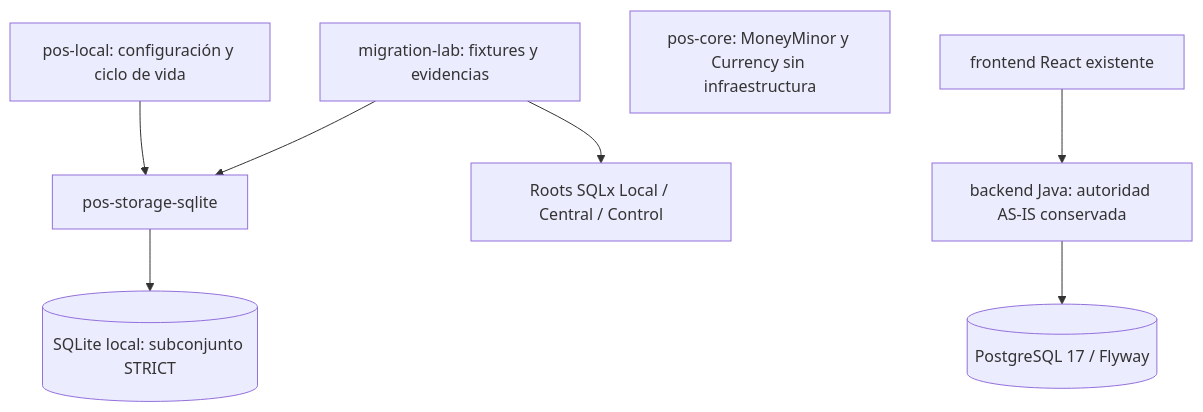
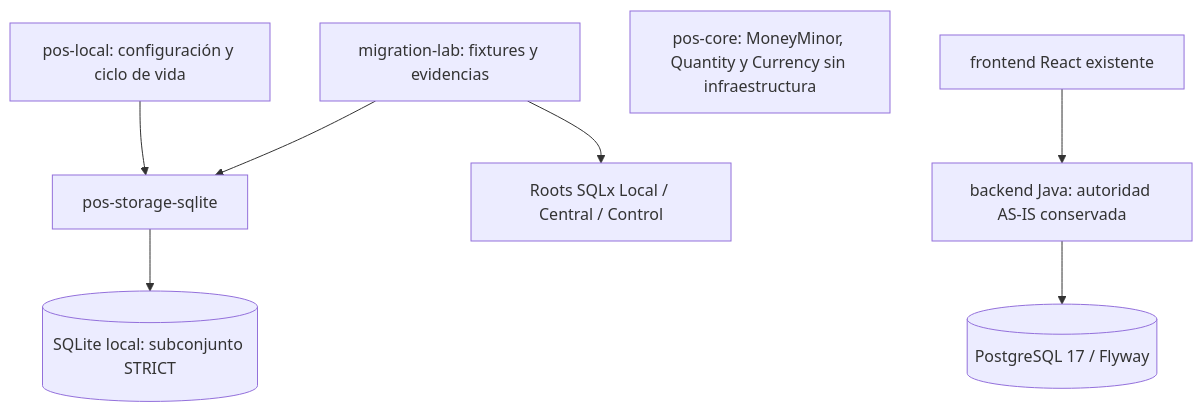
One commit to HiQNet-Dev/point-of-sale changed the diagram in backend-rust/README.md. Above: the diagram before and after it, drawn with Mermaid. The commit also changed other lines of this file and 2 other files, not shown here.

Commit message:
feat(core): add exact quantity primitive

````diff
--- a/backend-rust/README.md
+++ b/backend-rust/README.md
@@ -30,10 +30,10 @@
 ```mermaid
 flowchart TD
     App[pos-local: configuración y ciclo de vida] --> Storage[pos-storage-sqlite]
     Storage --> DB[(SQLite local: subconjunto STRICT)]
     Lab[migration-lab: fixtures y evidencias] --> Storage
     Lab --> Roots[Roots SQLx Local / Central / Control]
-    Core[pos-core: MoneyMinor y Currency sin infraestructura]
+    Core[pos-core: MoneyMinor, Quantity y Currency sin infraestructura]
     Java[backend Java: autoridad AS-IS conservada] --> PG[(PostgreSQL 17 / Flyway)]
     React[frontend React existente] --> Java
 ```
````
